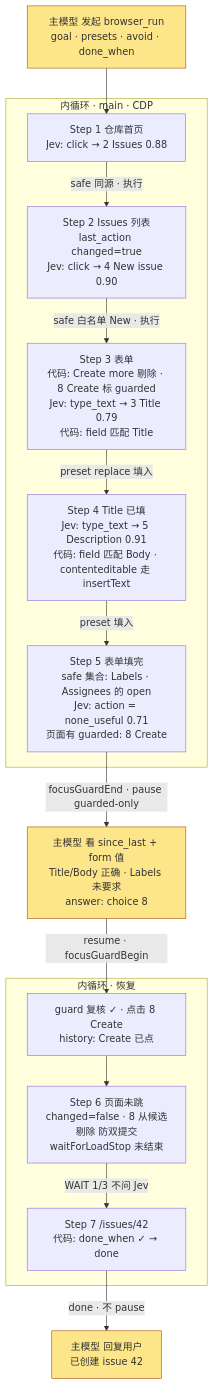
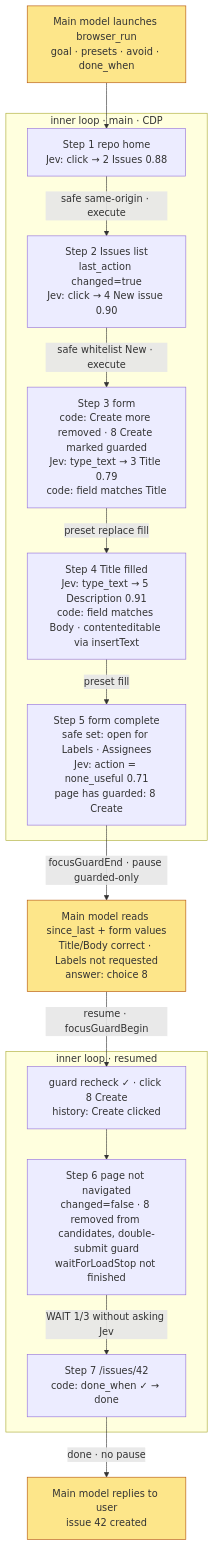
One commit to WHQ25/super-one changed the diagram in docs/research/jev-fast-inner-loop.md. Above: the diagram before and after it, drawn with Mermaid. The commit also changed other lines of this file, not shown here.

First line of the commit message:
docs(jev): translate the fast inner loop research to English

````diff
--- a/docs/research/jev-fast-inner-loop.md
+++ b/docs/research/jev-fast-inner-loop.md
@@ -363,27 +363,27 @@
 ```mermaid
 flowchart TD
-    M0[主模型 发起 browser_run<br/>goal · presets · avoid · done_when] --> S1
+    M0[Main model launches browser_run<br/>goal · presets · avoid · done_when] --> S1
 
-    subgraph loop1 [内循环 · main · CDP]
-        S1[Step 1 仓库首页<br/>Jev: click → 2 Issues 0.88] -->|safe 同源 · 执行| S2
-        S2[Step 2 Issues 列表<br/>last_action changed=true<br/>Jev: click → 4 New issue 0.90] -->|safe 白名单 New · 执行| S3
-        S3[Step 3 表单<br/>代码: Create more 剔除 · 8 Create 标 guarded<br/>Jev: type_text → 3 Title 0.79<br/>代码: field 匹配 Title] -->|preset replace 填入| S4
-        S4[Step 4 Title 已填<br/>Jev: type_text → 5 Description 0.91<br/>代码: field 匹配 Body · contenteditable 走 insertText] -->|preset 填入| S5
-        S5[Step 5 表单填完<br/>safe 集合: Labels · Assignees 的 open<br/>Jev: action = none_useful 0.71<br/>页面有 guarded: 8 Create]
+    subgraph loop1 [inner loop · main · CDP]
+        S1[Step 1 repo home<br/>Jev: click → 2 Issues 0.88] -->|safe same-origin · execute| S2
+        S2[Step 2 Issues list<br/>last_action changed=true<br/>Jev: click → 4 New issue 0.90] -->|safe whitelist New · execute| S3
+        S3[Step 3 form<br/>code: Create more removed · 8 Create marked guarded<br/>Jev: type_text → 3 Title 0.79<br/>code: field matches Title] -->|preset replace fill| S4
+        S4[Step 4 Title filled<br/>Jev: type_text → 5 Description 0.91<br/>code: field matches Body · contenteditable via insertText] -->|preset fill| S5
+        S5[Step 5 form complete<br/>safe set: open for Labels · Assignees<br/>Jev: action = none_useful 0.71<br/>page has guarded: 8 Create]
     end
 
-    S5 -->|focusGuardEnd · pause guarded-only| M1[主模型 看 since_last + form 值<br/>Title/Body 正确 · Labels 未要求<br/>answer: choice 8]
+    S5 -->|focusGuardEnd · pause guarded-only| M1[Main model reads since_last + form values<br/>Title/Body correct · Labels not requested<br/>answer: choice 8]
     M1 -->|resume · focusGuardBegin| S6
 
-    subgraph loop2 [内循环 · 恢复]
-        S6[guard 复核 ✓ · 点击 8 Create<br/>history: Create 已点] --> S7
-        S7[Step 6 页面未跳<br/>changed=false · 8 从候选剔除 防双提交<br/>waitForLoadStop 未结束] -->|WAIT 1/3 不问 Jev| S8
-        S8[Step 7 /issues/42<br/>代码: done_when ✓ → done]
+    subgraph loop2 [inner loop · resumed]
+        S6[guard recheck ✓ · click 8 Create<br/>history: Create clicked] --> S7
+        S7[Step 6 page not navigated<br/>changed=false · 8 removed from candidates, double-submit guard<br/>waitForLoadStop not finished] -->|WAIT 1/3 without asking Jev| S8
+        S8[Step 7 /issues/42<br/>code: done_when ✓ → done]
     end
 
-    S8 -->|done · 不 pause| M2[主模型 回复用户<br/>已创建 issue 42]
+    S8 -->|done · no pause| M2[Main model replies to user<br/>issue 42 created]
 
     style M0 fill:#fde68a,stroke:#b45309
     style M1 fill:#fde68a,stroke:#b45309
     style M2 fill:#fde68a,stroke:#b45309
 ```
````
